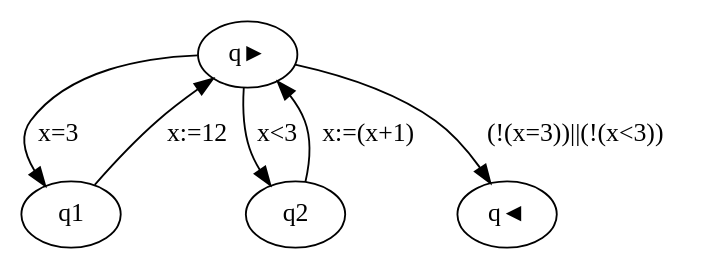
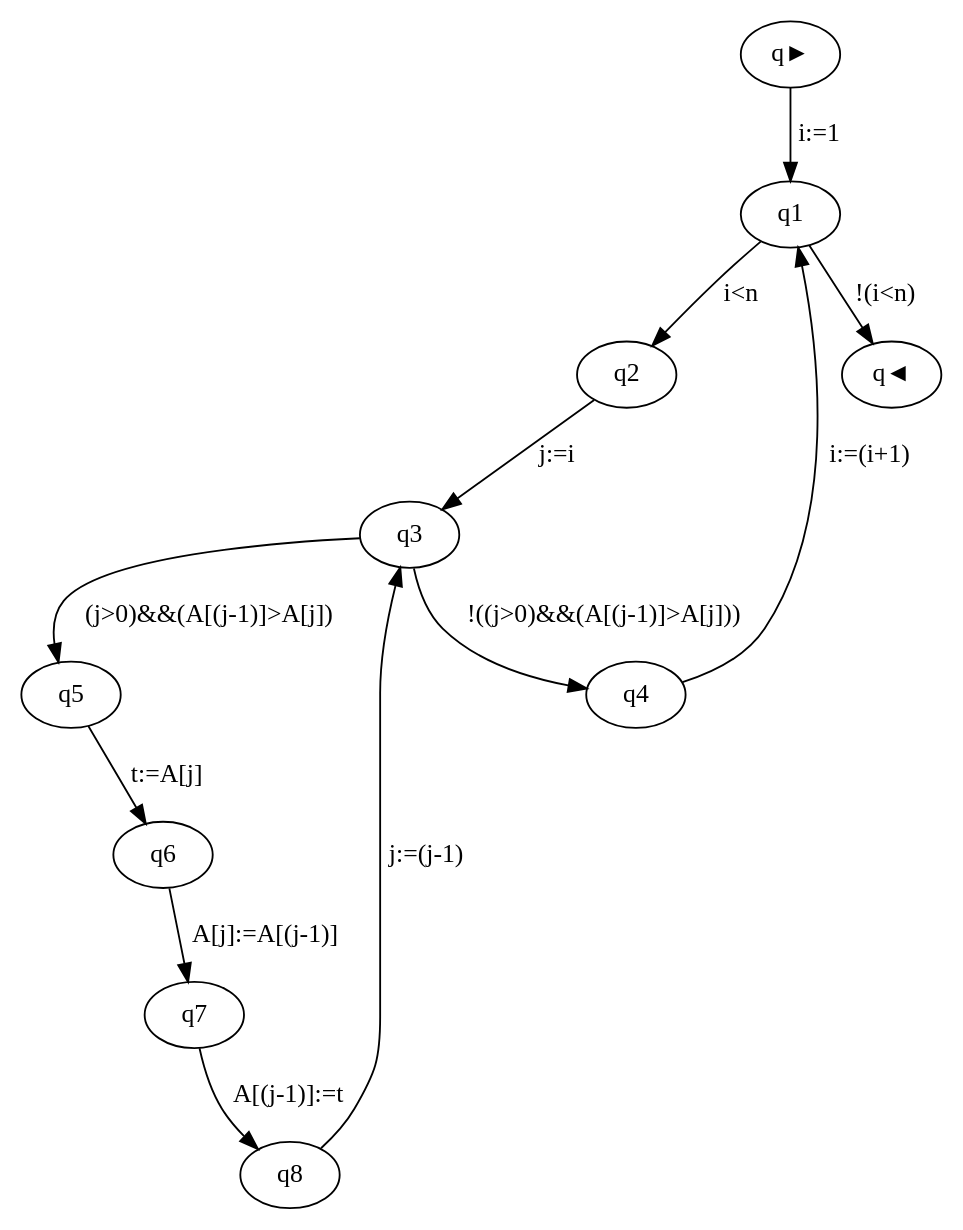
One commit to JepMik/GCL-Build-Analyse-Tool changed the diagram in graph.dot. Above: the diagram before and after it, drawn with Graphviz. The commit also changed 3 other files, not shown here.

```diff
--- a/graph.dot
+++ b/graph.dot
@@ -1,7 +1,13 @@
 strict digraph {
-q► -> q1[label="x=3"];
-q1 -> q►[label="x:=12"];
-q► -> q2[label="x<3"];
-q2 -> q►[label="x:=(x+1)"];
-q► -> q◄[label="(!(x=3))||(!(x<3))"];
+q► -> q1[label="i:=1"];
+q1 -> q2[label="i<n"];
+q2 -> q3[label="j:=i"];
+q3 -> q5[label="(j>0)&&(A[(j-1)]>A[j])"];
+q5 -> q6[label="t:=A[j]"];
+q6 -> q7[label="A[j]:=A[(j-1)]"];
+q7 -> q8[label="A[(j-1)]:=t"];
+q8 -> q3[label="j:=(j-1)"];
+q3 -> q4[label="!((j>0)&&(A[(j-1)]>A[j]))"];
+q4 -> q1[label="i:=(i+1)"];
+q1 -> q◄[label="!(i<n)"];
 }
```
